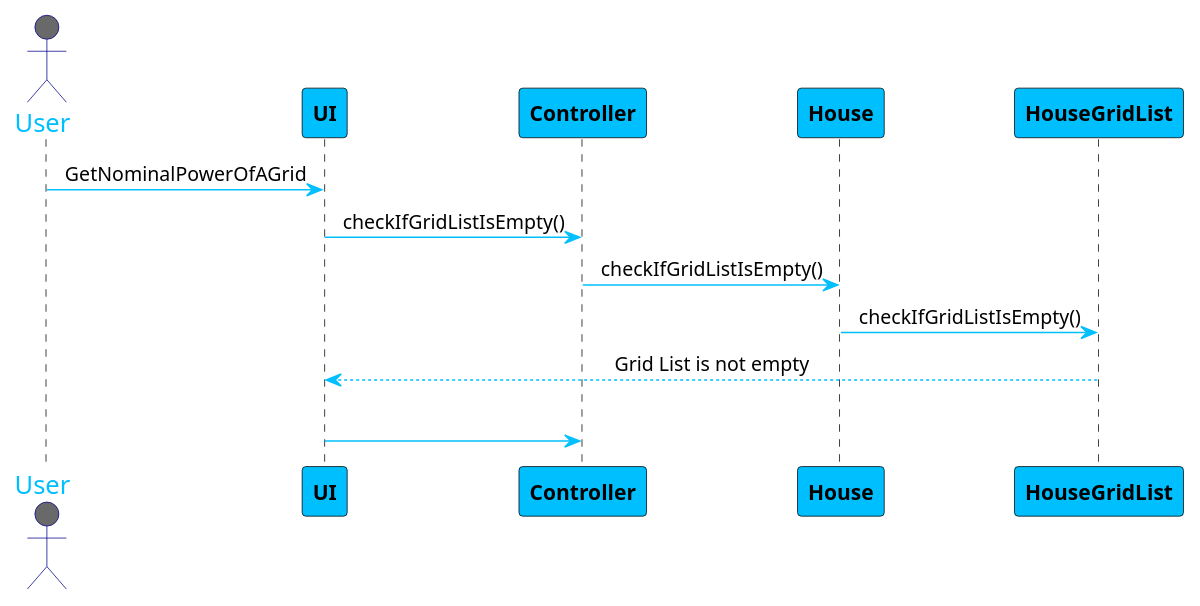
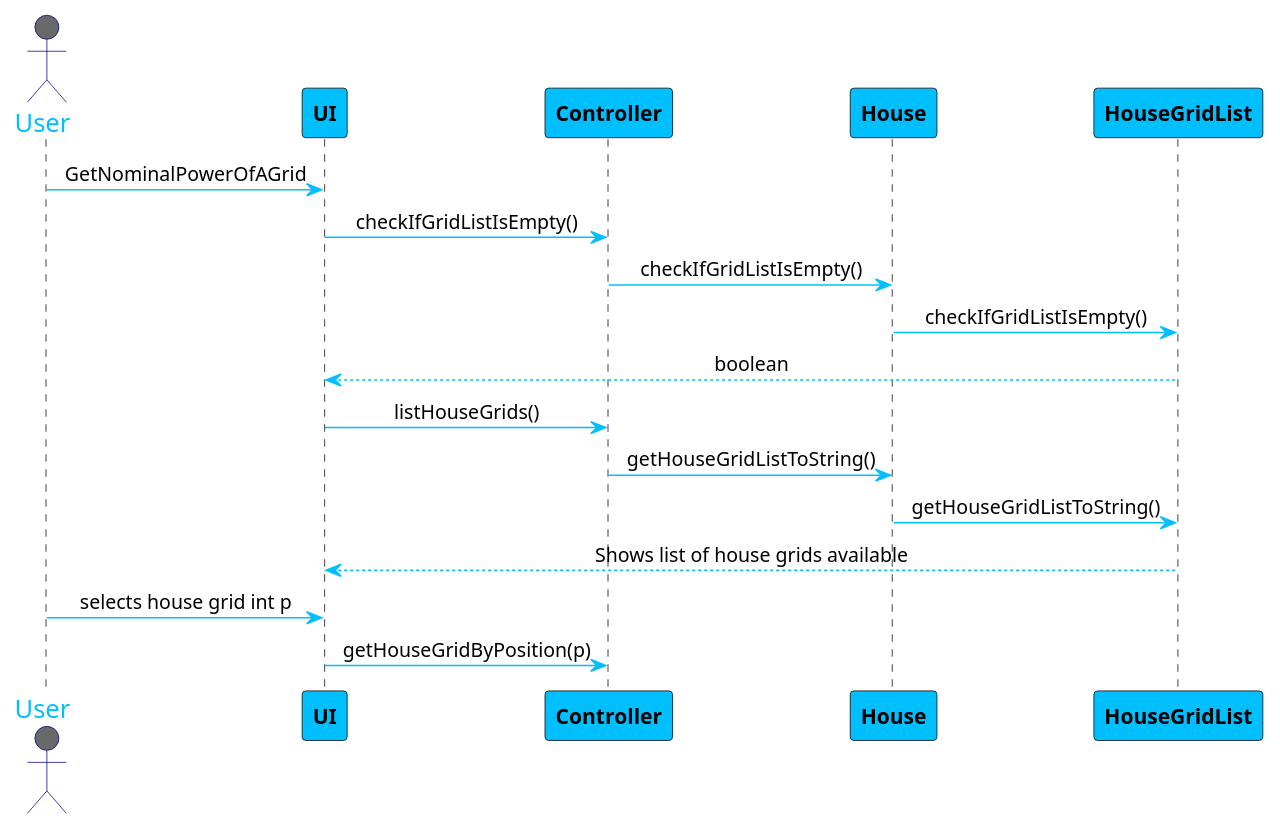
The diagram in src/main/java/pt/ipp/isep/dei/project/controllers/GetNominalPowerOfAGrid.puml (1181687/hateoasToy), drawn with PlantUML before and after one commit. The commit also changed 1 other file, not shown here.

Commit message:
Adresses #60 Added changes to the GetNominalPowerOfAGrid UI

```diff
--- a/src/main/java/pt/ipp/isep/dei/project/controllers/GetNominalPowerOfAGrid.puml
+++ b/src/main/java/pt/ipp/isep/dei/project/controllers/GetNominalPowerOfAGrid.puml
@@ -1,28 +1,33 @@
 @startuml
 skinparam sequenceMessageAlign center
 skinparam sequence {
 	ArrowColor DeepSkyBlue
 	ActorBorderColor DarkBlue
 	LifeLineBorderColor black
 	LifeLineBackgroundColor #A9DCDF
 
 	ParticipantBorderColor Black
 	ParticipantBackgroundColor DeepSkyBlue
 	ParticipantFontStyle Bold
 
 	ActorBackgroundColor DimGrey
 	ActorFontColor DeepSkyBlue
 	ActorFontSize 17
 	ActorFontName Aapex
 }
 
 actor User
 User -> UI: GetNominalPowerOfAGrid
 UI -> Controller: checkIfGridListIsEmpty()
 Controller -> House: checkIfGridListIsEmpty()
 House -> HouseGridList: checkIfGridListIsEmpty()
-HouseGridList --> UI: Grid List is not empty
-alt successful case
-UI->Controller:
+HouseGridList --> UI: boolean
+UI->Controller: listHouseGrids()
+Controller->House:getHouseGridListToString()
+House->HouseGridList:getHouseGridListToString()
+HouseGridList-->UI: Shows list of house grids available
+User->UI: selects house grid int p
+UI->Controller: getHouseGridByPosition(p)
+
 
 @enduml
```
